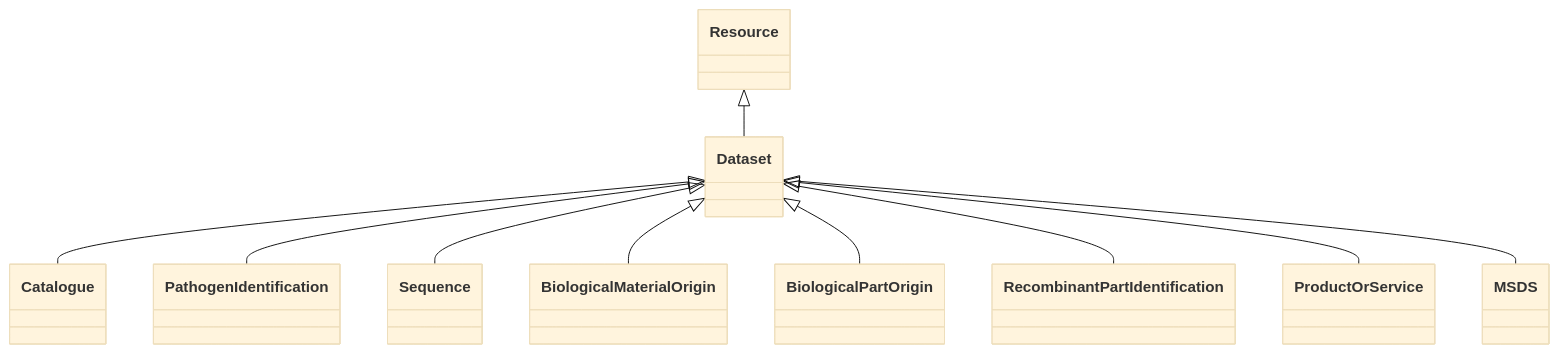
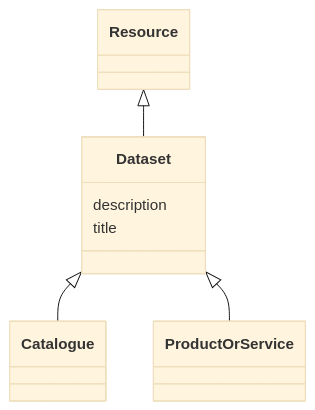
Before and after one commit to EVORA-project/evora-ontology: the diagram in models/docs/Dataset.md, drawn with Mermaid (base theme). The commit also changed other lines of this file and 435 other files, not shown here.

````diff
--- a/models/docs/Dataset.md
+++ b/models/docs/Dataset.md
@@ -21,28 +21,20 @@
 ```mermaid
  classDiagram
     class Dataset
     click Dataset href "../Dataset"
       Resource <|-- Dataset
         click Resource href "../Resource"
       
 
       Dataset <|-- Catalogue
         click Catalogue href "../Catalogue"
-      Dataset <|-- PathogenIdentification
-        click PathogenIdentification href "../PathogenIdentification"
-      Dataset <|-- Sequence
-        click Sequence href "../Sequence"
-      Dataset <|-- BiologicalMaterialOrigin
-        click BiologicalMaterialOrigin href "../BiologicalMaterialOrigin"
-      Dataset <|-- BiologicalPartOrigin
-        click BiologicalPartOrigin href "../BiologicalPartOrigin"
-      Dataset <|-- RecombinantPartIdentification
-        click RecombinantPartIdentification href "../RecombinantPartIdentification"
       Dataset <|-- ProductOrService
         click ProductOrService href "../ProductOrService"
-      Dataset <|-- MSDS
-        click MSDS href "../MSDS"
       
       
+      Dataset : description
+        
+      Dataset : title
+        
       
 ```
````
